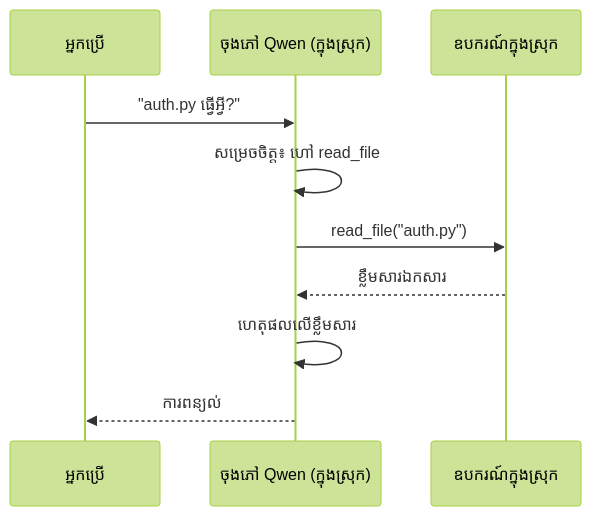
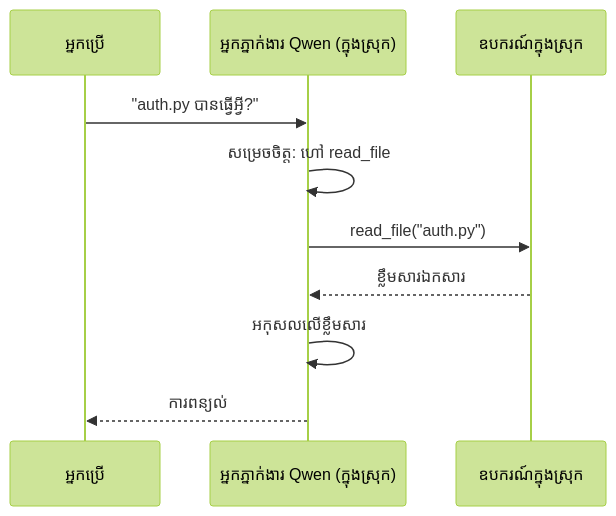
Before and after one commit to microsoft/ai-agents-for-beginners: the second of 4 diagrams in translations/km/17-creating-local-ai-agents/README.md, drawn with Mermaid (forest theme). The commit also changed other lines of this file and 14 other files, not shown here.

````diff
--- a/translations/km/17-creating-local-ai-agents/README.md
+++ b/translations/km/17-creating-local-ai-agents/README.md
@@ -106,12 +106,12 @@
 ```mermaid
 sequenceDiagram
     participant U as អ្នកប្រើ
-    participant A as ចុងភៅ Qwen (ក្នុងស្រុក)
+    participant A as អ្នកភ្នាក់ងារ Qwen (ក្នុងស្រុក)
     participant T as ឧបករណ៍ក្នុងស្រុក
-    U->>A: "auth.py ធ្វើអ្វី?"
-    A->>A: សម្រេចចិត្ត៖ ហៅ read_file
+    U->>A: "auth.py បានធ្វើអ្វី?"
+    A->>A: សម្រេចចិត្ត: ហៅ read_file
     A->>T: read_file("auth.py")
     T-->>A: ខ្លឹមសារឯកសារ
-    A->>A: ហេតុផលលើខ្លឹមសារ
+    A->>A: អកុសលលើខ្លឹមសារ
     A-->>U: ការពន្យល់
 ```
````
